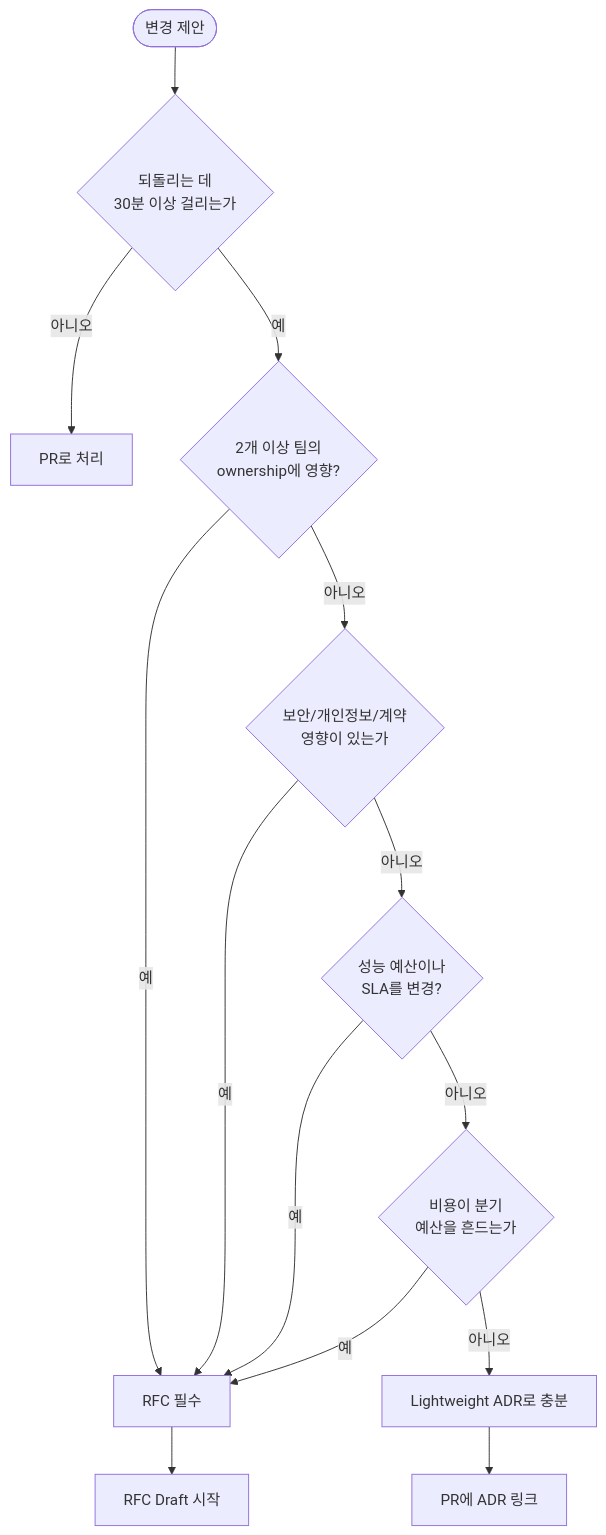
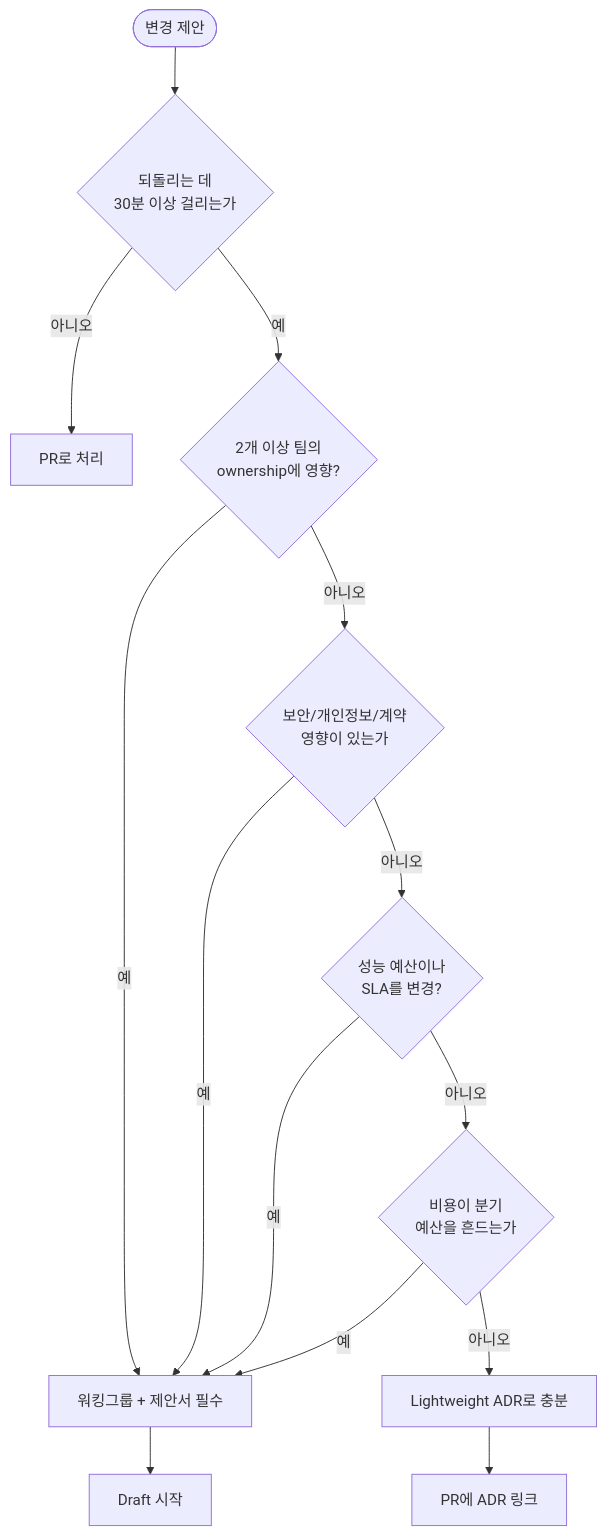
One commit to blue45f/heejun changed the third of 8 diagrams in public/개발가이드/15_RFC_의사결정_프로세스.md. Above: the diagram before and after it, drawn with Mermaid. The commit also changed other lines of this file and 23 other files, not shown here.

````diff
--- a/public/개발가이드/15_RFC_의사결정_프로세스.md
+++ b/public/개발가이드/15_RFC_의사결정_프로세스.md
@@ -147,16 +153,16 @@
 ```mermaid
 flowchart TD
   START([변경 제안]) --> Q1{되돌리는 데<br/>30분 이상 걸리는가}
   Q1 -->|아니오| PR1[PR로 처리]
   Q1 -->|예| Q2{2개 이상 팀의<br/>ownership에 영향?}
-  Q2 -->|예| RFC_NEED[RFC 필수]
+  Q2 -->|예| RFC_NEED[워킹그룹 + 제안서 필수]
   Q2 -->|아니오| Q3{보안/개인정보/계약<br/>영향이 있는가}
   Q3 -->|예| RFC_NEED
   Q3 -->|아니오| Q4{성능 예산이나<br/>SLA를 변경?}
   Q4 -->|예| RFC_NEED
   Q4 -->|아니오| Q5{비용이 분기<br/>예산을 흔드는가}
   Q5 -->|예| RFC_NEED
   Q5 -->|아니오| LIGHT[Lightweight ADR로 충분]
-  RFC_NEED --> DRAFT[RFC Draft 시작]
+  RFC_NEED --> DRAFT[Draft 시작]
   LIGHT --> ADR_ONLY[PR에 ADR 링크]
 ```
````
